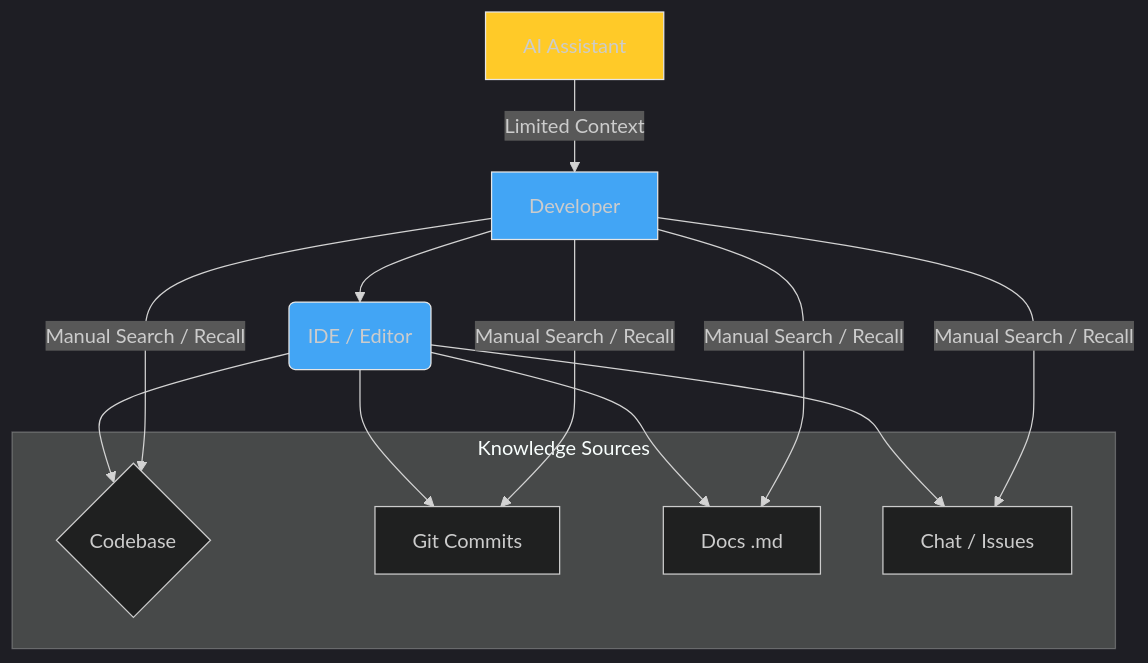
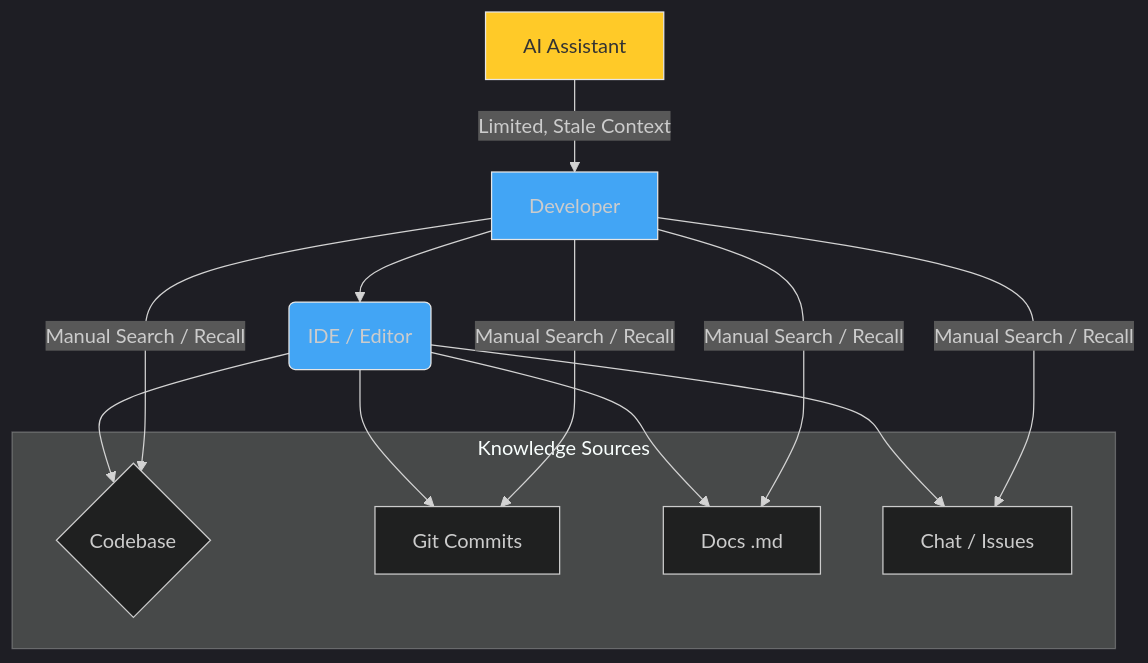
One commit to somebloke1/chroma_mcp_server changed the first of 2 diagrams in docs/getting_started_second_brain.md. Above: the diagram before and after it, drawn with Mermaid. The commit also changed other lines of this file and 12 other files, not shown here.

Commit message:
Improve RAG plan to v4 and update docs, fix mermaid

````diff
--- a/docs/getting_started_second_brain.md
+++ b/docs/getting_started_second_brain.md
@@ -13,25 +15,25 @@
 ```mermaid
 %%{init: {'theme': 'dark'}}%%
 graph TD
     A[Developer] --> B(IDE / Editor);
     B --> C{Codebase};
     B --> D[Git Commits];
     B --> E[Docs .md];
     B --> F[Chat / Issues];
     A -- Manual Search / Recall --> C;
     A -- Manual Search / Recall --> D;
     A -- Manual Search / Recall --> E;
     A -- Manual Search / Recall --> F;
-    G[AI Assistant] -- Limited Context --> A;
+    G[AI Assistant] -- Limited, Stale Context --> A;
 
     subgraph Knowledge Sources
         C
         D
         E
         F
     end
 
     style A fill:#42A5F5,stroke:#E6E6E6,stroke-width:1px
     style B fill:#42A5F5,stroke:#E6E6E6,stroke-width:1px
-    style G fill:#FFCA28,stroke:#E6E6E6,stroke-width:1px
+    style G fill:#FFCA28,stroke:#E6E6E6,stroke-width:1px,color:#333333
 ```
````
